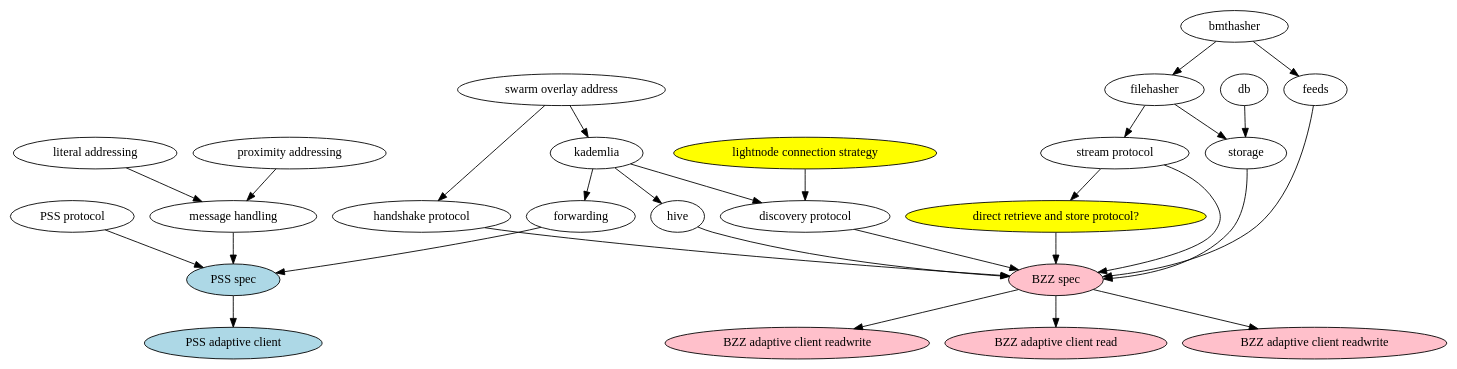
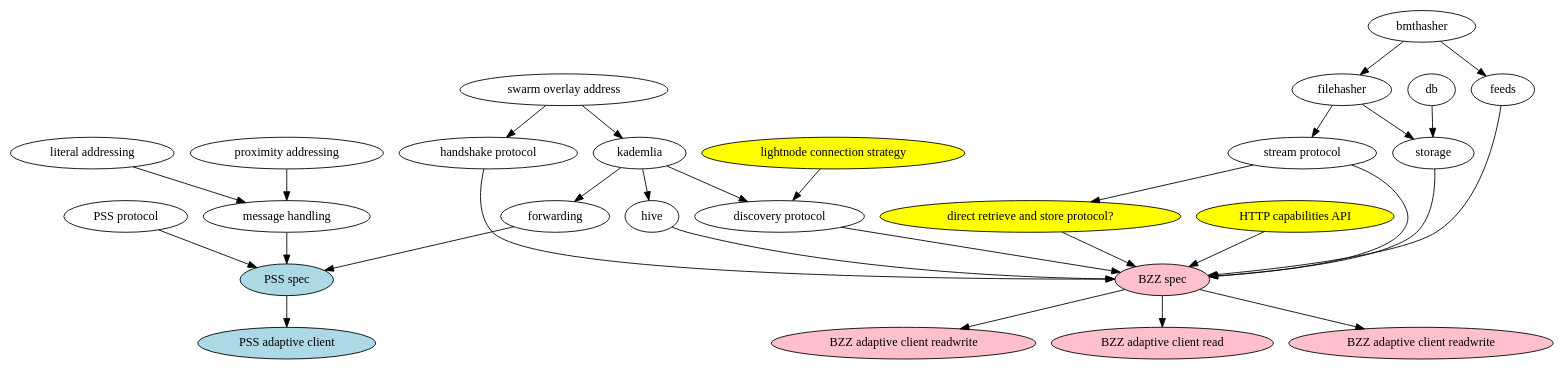
The diagram in specdep.dot (nolash/swarm-adaptive-node), drawn with Graphviz before and after one commit. The commit also changed 1 other file, not shown here.

Commit message:
Add http API for querying HTTP caps when light mode

```diff
--- a/specdep.dot
+++ b/specdep.dot
@@ -1,41 +1,42 @@
 digraph{
 	PSS [label="PSS spec",style="filled",fillcolor="lightblue"]
 	BZZ [label="BZZ spec",style="filled",fillcolor="pink"]
 	lightextension [label="direct retrieve and store protocol?",style="filled",fillcolor="yellow"]
 	discovery [label="discovery protocol"]
 	handshake [label="handshake protocol"]
 	pssprotocol [label="PSS protocol"]
 	overlay [label="swarm overlay address"]
 	literaladdress [label="literal addressing"]
 	proxaddress [label="proximity addressing"]
 	psshandler [label="message handling"]
 	stream [label="stream protocol"]
 	lightdiscoverystrategy [label="lightnode connection strategy",style="filled",fillcolor="yellow"]
 	bzzclientread [label="BZZ adaptive client read",style="filled",fillcolor="pink"]
 	bzzclientrw [label="BZZ adaptive client readwrite",style="filled",fillcolor="pink"]
 	bzzserver [label="BZZ adaptive client readwrite",style="filled",fillcolor="pink"]
 	pssclient [label="PSS adaptive client",style="filled",fillcolor="lightblue"]
+	httpcap [label="HTTP capabilities API",style="filled",fillcolor="yellow"]
 	
 	overlay -> kademlia
 	overlay -> handshake
 
 	kademlia -> forwarding -> PSS
 	pssprotocol -> PSS
 	{literaladdress, proxaddress} -> psshandler -> PSS
 
 	handshake -> BZZ
 	lightdiscoverystrategy -> discovery
 	kademlia -> discovery -> BZZ
 	kademlia -> hive -> BZZ
 	bmthasher -> filehasher
 	{filehasher, db} -> storage
 	filehasher -> stream
 	stream -> lightextension
-	{storage, stream, lightextension} -> BZZ
+	{storage, stream, lightextension, httpcap} -> BZZ
 	bmthasher -> feeds -> BZZ
 
 	BZZ -> bzzclientread
 	BZZ -> bzzclientrw
 	BZZ -> bzzserver
 	PSS -> pssclient
 }
```
